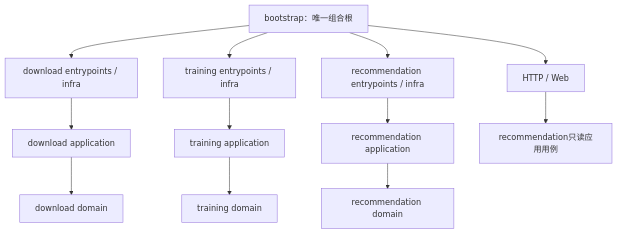
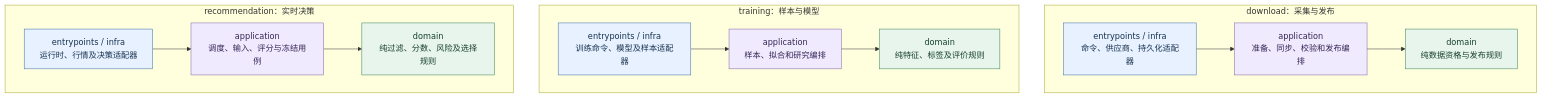
One commit to 373699756/trader changed the third of 6 diagrams in docs/2_工程设计.md. Above: the diagram before and after it, drawn with Mermaid. The commit also changed other lines of this file and 22 other files, not shown here.

Commit message:
原因：荐股链条每次都重新读取第一，第二层，优化一些图形的绘制，14:48后也是10s进行一次股票实时数据的读取，之前1s感觉数据采集都完不成，何况后的过滤，评分等流程。  改动：启动的时候读取一次到内存就行了，那些慢的数据，都是只在启动时读取一次就行，。     未完成项：本次改动测试没有验证完，token就消耗完成，后续需要补充完成，另外之前的各个任务的间隔，web推送30s？这个时间怎么来的，需要继续梳理。

```diff
--- a/docs/2_工程设计.md
+++ b/docs/2_工程设计.md
@@ -101,10 +137,21 @@
 ~~~mermaid
 flowchart TD
-    B["bootstrap：唯一组合根"] --> DE["download entrypoints / infra"]
-    B --> TE["training entrypoints / infra"]
-    B --> RE["recommendation entrypoints / infra"]
-    DE --> DA["download application"] --> DD["download domain"]
-    TE --> TA["training application"] --> TD["training domain"]
-    RE --> RA["recommendation application"] --> RD["recommendation domain"]
-    B --> W["HTTP / Web"] --> RO["recommendation只读应用用例"]
+    subgraph Download["download：采集与发布"]
+        DE["entrypoints / infra<br/>命令、供应商、持久化适配器"] --> DA["application<br/>准备、同步、校验和发布编排"]
+        DA --> DD["domain<br/>纯数据资格与发布规则"]
+    end
+    subgraph Training["training：样本与模型"]
+        TE["entrypoints / infra<br/>训练命令、模型及样本适配器"] --> TA["application<br/>样本、拟合和研究编排"]
+        TA --> TD["domain<br/>纯特征、标签及评价规则"]
+    end
+    subgraph Recommendation["recommendation：实时决策"]
+        RE["entrypoints / infra<br/>运行时、行情及决策适配器"] --> RA["application<br/>调度、输入、评分与冻结用例"]
+        RA --> RD["domain<br/>纯过滤、分数、风险及选择规则"]
+    end
+    classDef input fill:#e8f1ff,stroke:#3b6ea8,color:#16324f;
+    classDef work fill:#f0eaff,stroke:#8064a2,color:#342653;
+    classDef result fill:#e7f5ec,stroke:#39845a,color:#173f2a;
+    class DE,TE,RE input;
+    class DA,TA,RA work;
+    class DD,TD,RD result;
 ~~~
```
